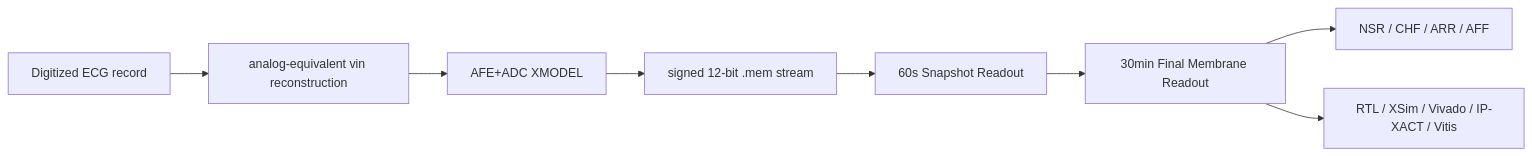
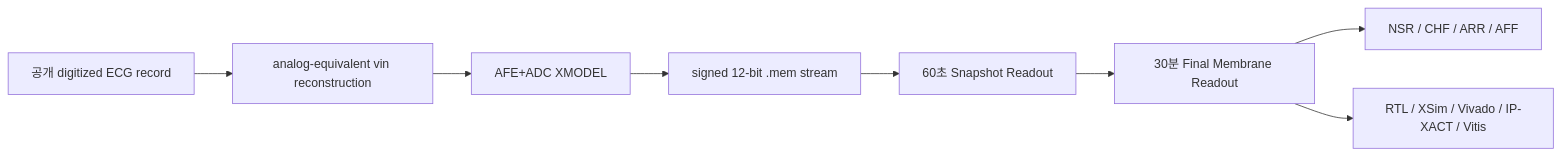
Before and after one commit to Sheep-gun/ECG-SoC-Integrated: the diagram in FINAL_REPORT_KR.md, drawn with Mermaid. The commit also changed other lines of this file, not shown here.

Commit message:
Expand Korean final report feature explanations

````diff
--- a/FINAL_REPORT_KR.md
+++ b/FINAL_REPORT_KR.md
@@ -19,10 +19,10 @@
 ```mermaid
 flowchart LR
-    A["Digitized ECG record"] --> B["analog-equivalent vin reconstruction"]
+    A["공개 digitized ECG record"] --> B["analog-equivalent vin reconstruction"]
     B --> C["AFE+ADC XMODEL"]
     C --> D["signed 12-bit .mem stream"]
-    D --> E["60s Snapshot Readout"]
-    E --> F["30min Final Membrane Readout"]
+    D --> E["60초 Snapshot Readout"]
+    E --> F["30분 Final Membrane Readout"]
     F --> G["NSR / CHF / ARR / AFF"]
     F --> H["RTL / XSim / Vivado / IP-XACT / Vitis"]
 ```
````
